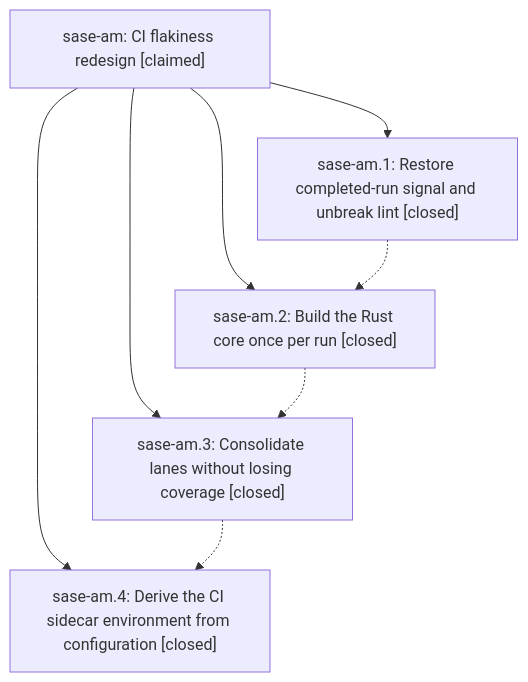
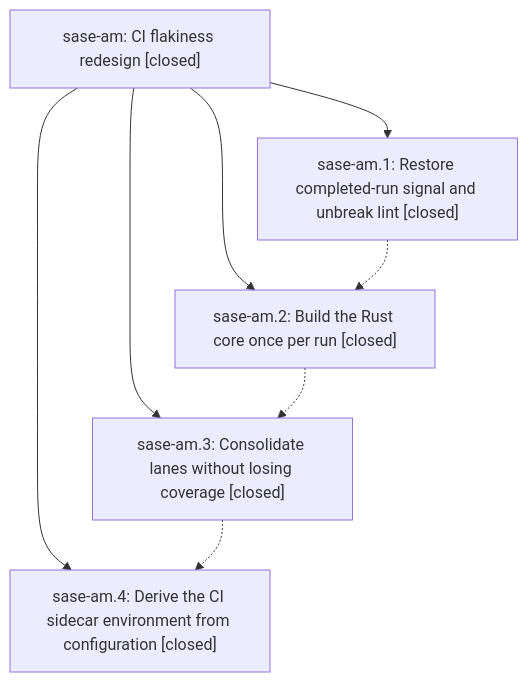
Before and after one commit to sase-org/sase--beads: the diagram in pages/sase-am/README.md, drawn with Mermaid. The commit also changed other lines of this file and 4 other files, not shown here.

````diff
--- a/pages/sase-am/README.md
+++ b/pages/sase-am/README.md
@@ -25,15 +31,15 @@
 ```mermaid
 flowchart TD
-    n0["sase-am: CI flakiness redesign [claimed]"]
+    n0["sase-am: CI flakiness redesign [closed]"]
     n1["sase-am.1: Restore completed-run signal and unbreak lint [closed]"]
     n2["sase-am.2: Build the Rust core once per run [closed]"]
     n3["sase-am.3: Consolidate lanes without losing coverage [closed]"]
     n4["sase-am.4: Derive the CI sidecar environment from configuration [closed]"]
     n0 --> n1
     n0 --> n2
     n0 --> n3
     n0 --> n4
     n1 -.-> n2
     n2 -.-> n3
     n3 -.-> n4
 ```
````
